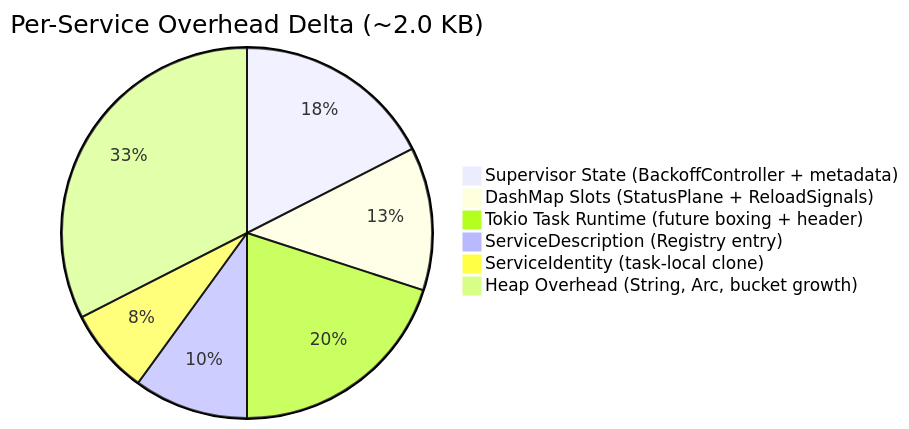
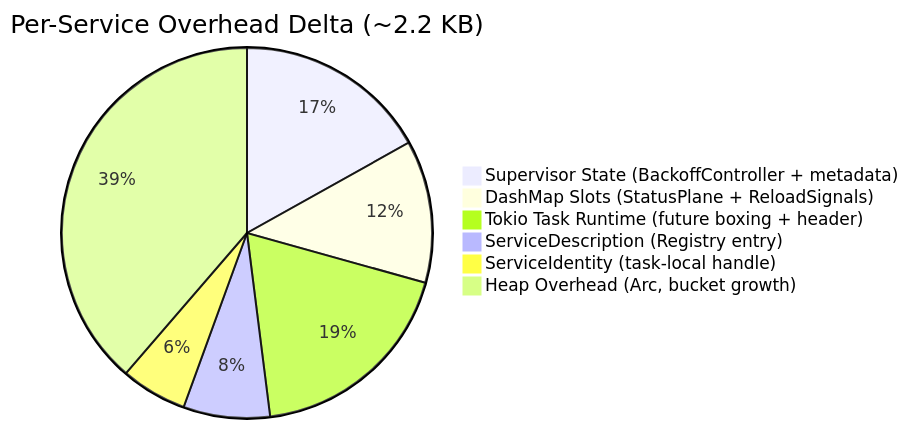
The second of 2 diagrams in docs/architecture/performance-benchmarks.md (loft-games/service-daemon-rs), drawn with Mermaid before and after one commit. The commit also changed other lines of this file and 2 other files, not shown here.

````diff
--- a/docs/architecture/performance-benchmarks.md
+++ b/docs/architecture/performance-benchmarks.md
@@ -106,9 +108,9 @@
 ```mermaid
-pie title Per-Service Overhead Delta (~2.0 KB)
-    "Supervisor State (BackoffController + metadata)" : 350
-    "DashMap Slots (StatusPlane + ReloadSignals)" : 250
-    "Tokio Task Runtime (future boxing + header)" : 400
-    "ServiceDescription (Registry entry)" : 200
-    "ServiceIdentity (task-local clone)" : 150
-    "Heap Overhead (String, Arc, bucket growth)" : 650
+pie title Per-Service Overhead Delta (~2.2 KB)
+    "Supervisor State (BackoffController + metadata)" : 380
+    "DashMap Slots (StatusPlane + ReloadSignals)" : 280
+    "Tokio Task Runtime (future boxing + header)" : 420
+    "ServiceDescription (Registry entry)" : 170
+    "ServiceIdentity (task-local handle)" : 130
+    "Heap Overhead (Arc, bucket growth)" : 870
 ```
````
